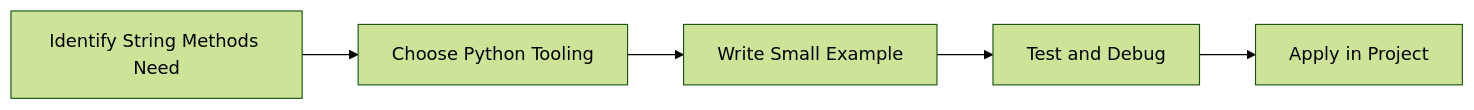
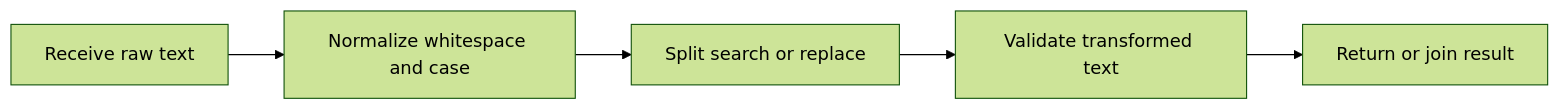
One commit to SYMOIZ/E-Learning-Portal changed the diagram in Python-Mastery/Beginner/15-string-methods.md. Above: the diagram before and after it, drawn with Mermaid (forest theme). The commit also changed other lines of this file and 116 other files, not shown here.

````diff
--- a/Python-Mastery/Beginner/15-string-methods.md
+++ b/Python-Mastery/Beginner/15-string-methods.md
@@ -121,7 +128,12 @@
 ```mermaid
 flowchart LR
-    A[Identify String Methods Need] --> B[Choose Python Tooling]
-    B --> C[Write Small Example]
-    C --> D[Test and Debug]
-    D --> E[Apply in Project]
+    A[Receive raw text]
+    B[Normalize whitespace and case]
+    C[Split search or replace]
+    D[Validate transformed text]
+    E[Return or join result]
+    A --> B
+    B --> C
+    C --> D
+    D --> E
 ```
````
